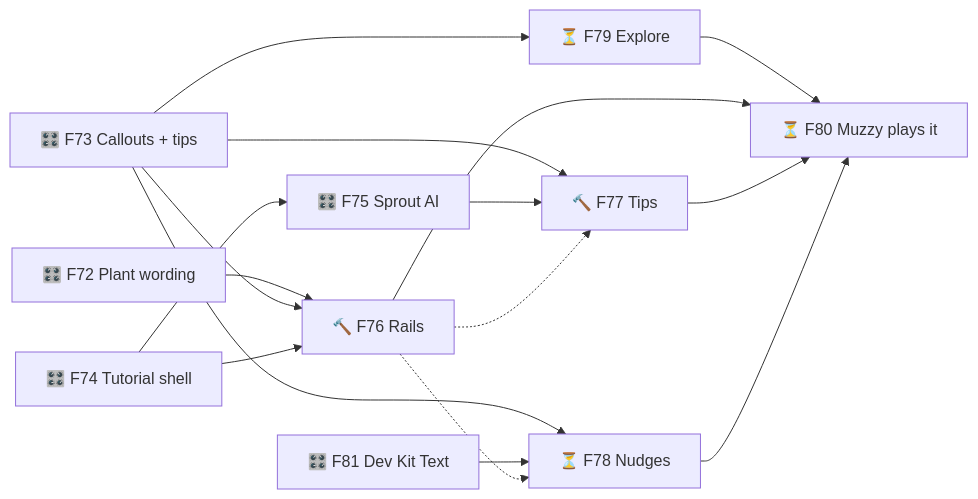
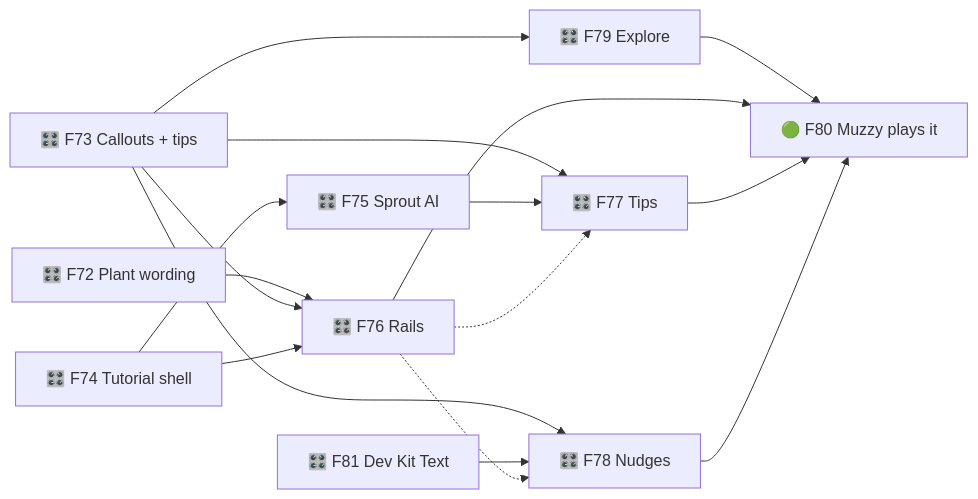
One commit to TheBlueMuzzy/glyphtender changed the tenth of 10 diagrams in .planning/ROADMAP.md. Above: the diagram before and after it, drawn with Mermaid. The commit also changed other lines of this file and 1 other file, not shown here.

Commit message:
Sprint 27: F76–F79 built; notes + Ask Muzzy; F80 (Muzzy plays it) ready

````diff
--- a/.planning/ROADMAP.md
+++ b/.planning/ROADMAP.md
@@ -269,18 +269,18 @@
 ```mermaid
 flowchart LR
-  F72[🎛️ F72 Plant wording] --> F76[🔨 F76 Rails]
+  F72[🎛️ F72 Plant wording] --> F76[🎛️ F76 Rails]
   F73[🎛️ F73 Callouts + tips] --> F76
   F74[🎛️ F74 Tutorial shell] --> F76
   F74 --> F75[🎛️ F75 Sprout AI]
-  F73 --> F77[🔨 F77 Tips]
+  F73 --> F77[🎛️ F77 Tips]
   F75 --> F77
   F76 -.-> F77
-  F73 --> F78[⏳ F78 Nudges]
+  F73 --> F78[🎛️ F78 Nudges]
   F81[🎛️ F81 Dev Kit Text] --> F78
   F79 --> F80
   F76 -.-> F78
-  F73 --> F79[⏳ F79 Explore]
-  F76 --> F80[⏳ F80 Muzzy plays it]
+  F73 --> F79[🎛️ F79 Explore]
+  F76 --> F80[🟢 F80 Muzzy plays it]
   F77 --> F80
   F78 --> F80
 ```
````
